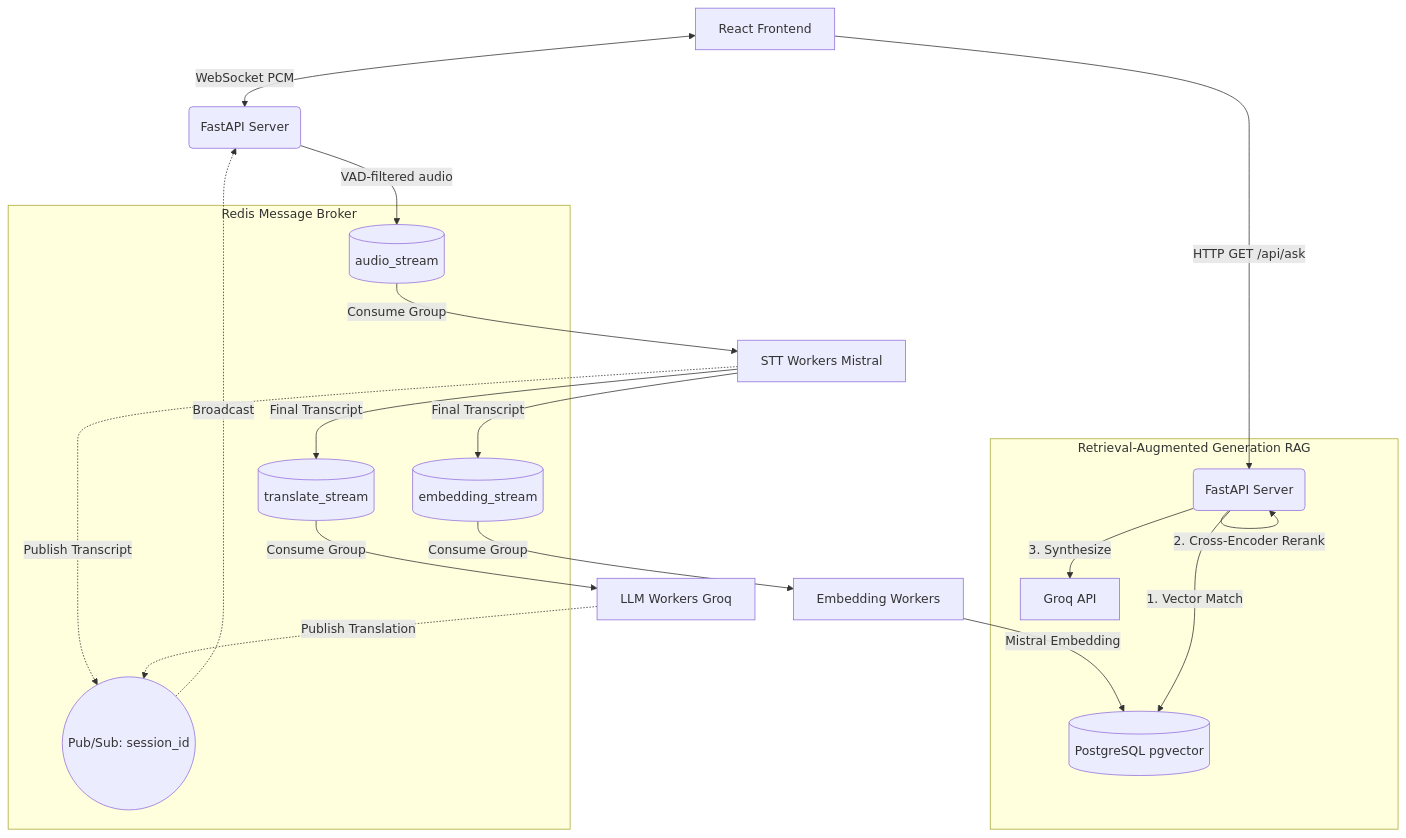
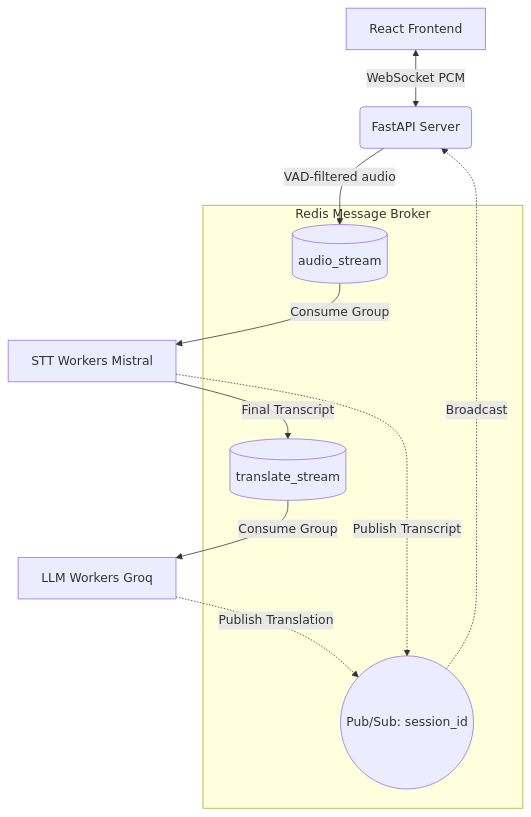
Before and after one commit to paritosh2004singh-wq/dut-project-stt: the diagram in ARCHITECTURE.md, drawn with Mermaid. The commit also changed other lines of this file and 1 other file, not shown here.

Commit message:
docs: update architecture and readme

````diff
--- a/ARCHITECTURE.md
+++ b/ARCHITECTURE.md
@@ -9,33 +9,21 @@
 ```mermaid
 graph TD
     Client[React Frontend] <-->|WebSocket PCM| WS_API(FastAPI Server)
-    Client -->|HTTP GET /api/ask| API(FastAPI Server)
 
     subgraph Redis Message Broker
         R_Audio[(audio_stream)]
         R_Translate[(translate_stream)]
-        R_Embed[(embedding_stream)]
         R_PubSub((Pub/Sub: session_id))
     end
 
     WS_API -->|VAD-filtered audio| R_Audio
     
     R_Audio -->|Consume Group| STT[STT Workers Mistral]
     STT -->|Final Transcript| R_Translate
-    STT -->|Final Transcript| R_Embed
     STT -.->|Publish Transcript| R_PubSub
 
     R_Translate -->|Consume Group| LLM[LLM Workers Groq]
     LLM -.->|Publish Translation| R_PubSub
 
-    R_Embed -->|Consume Group| EMB[Embedding Workers]
-    EMB -->|Mistral Embedding| DB[(PostgreSQL pgvector)]
-
     R_PubSub -.->|Broadcast| WS_API
-    
-    subgraph Retrieval-Augmented Generation RAG
-        API -->|1. Vector Match| DB
-        API -->|2. Cross-Encoder Rerank| API
-        API -->|3. Synthesize| GroqRAG[Groq API]
-    end
 ```
````
